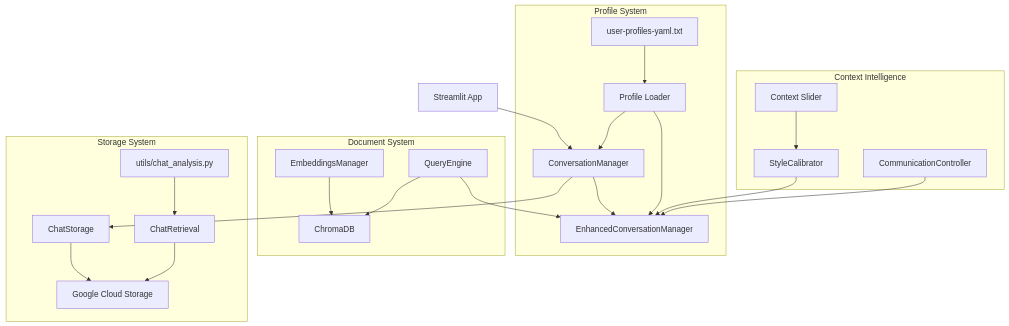
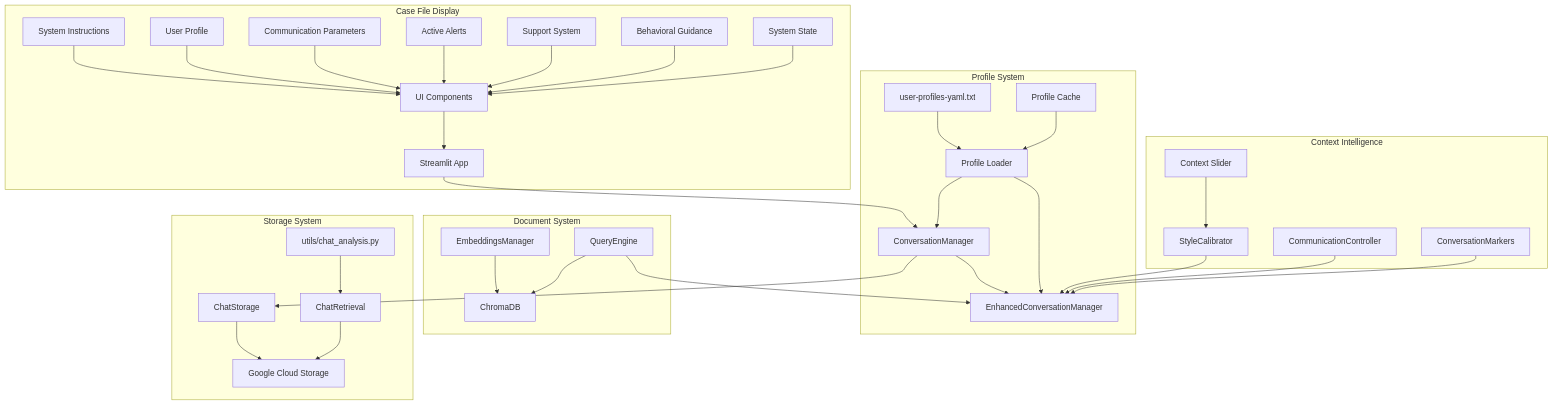
One commit to dgmulei/obi-slv2 changed the first of 7 diagrams in docs/02-system-architecture.md. Above: the diagram before and after it, drawn with Mermaid. The commit also changed other lines of this file and 9 other files, not shown here.

````diff
--- a/docs/02-system-architecture.md
+++ b/docs/02-system-architecture.md
@@ -5,30 +5,43 @@
 ```mermaid
 graph TD
     A[Streamlit App] --> B[ConversationManager]
     B --> C[EnhancedConversationManager]
     B --> D[ChatStorage]
     
     subgraph "Profile System"
         E[user-profiles-yaml.txt] --> F[Profile Loader]
         F --> B
         F --> C
+        G[Profile Cache] --> F
     end
     
     subgraph "Context Intelligence"
-        G[StyleCalibrator] --> C
-        H[CommunicationController] --> C
-        I[Context Slider] --> G
+        H[StyleCalibrator] --> C
+        I[CommunicationController] --> C
+        J[Context Slider] --> H
+        K[ConversationMarkers] --> C
     end
     
     subgraph "Document System"
-        J[EmbeddingsManager] --> K[ChromaDB]
-        L[QueryEngine] --> K
-        L --> C
+        L[EmbeddingsManager] --> M[ChromaDB]
+        N[QueryEngine] --> M
+        N --> C
     end
     
     subgraph "Storage System"
-        D --> M[Google Cloud Storage]
-        N[ChatRetrieval] --> M
-        O[utils/chat_analysis.py] --> N
+        D --> O[Google Cloud Storage]
+        P[ChatRetrieval] --> O
+        Q[utils/chat_analysis.py] --> P
+    end
+
+    subgraph "Case File Display"
+        R[System Instructions] --> S[UI Components]
+        T[User Profile] --> S
+        U[Communication Parameters] --> S
+        V[Active Alerts] --> S
+        W[Support System] --> S
+        X[Behavioral Guidance] --> S
+        Y[System State] --> S
+        S --> A
     end
 ```
````
